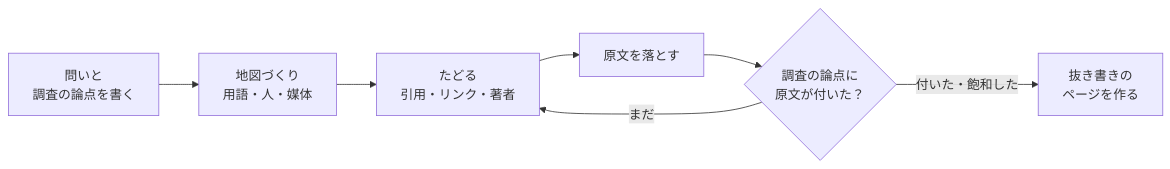
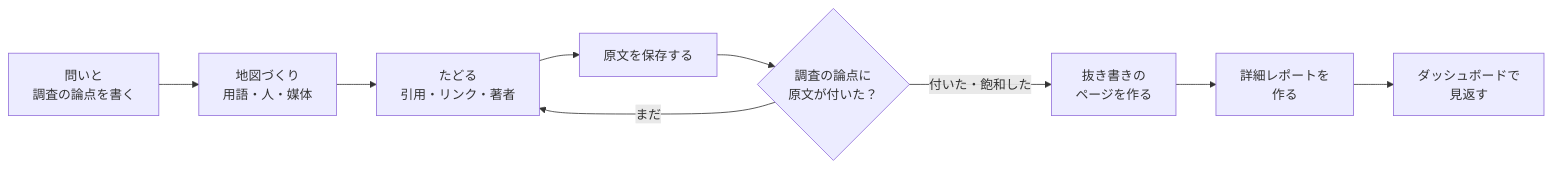
The diagram in README.md (MaryCache/imozuru), drawn with Mermaid before and after one commit. The commit also changed other lines of this file and 28 other files, not shown here.

````diff
--- a/README.md
+++ b/README.md
@@ -25,9 +32,11 @@
 ```mermaid
 flowchart LR
     A[問いと<br>調査の論点を書く] --> B[地図づくり<br>用語・人・媒体]
     B --> C[たどる<br>引用・リンク・著者]
-    C --> D[原文を落とす]
+    C --> D[原文を保存する]
     D --> E{調査の論点に<br>原文が付いた？}
     E -- まだ --> C
     E -- 付いた・飽和した --> F[抜き書きの<br>ページを作る]
+    F --> G[詳細レポートを<br>作る]
+    G --> H[ダッシュボードで<br>見返す]
 ```
````
